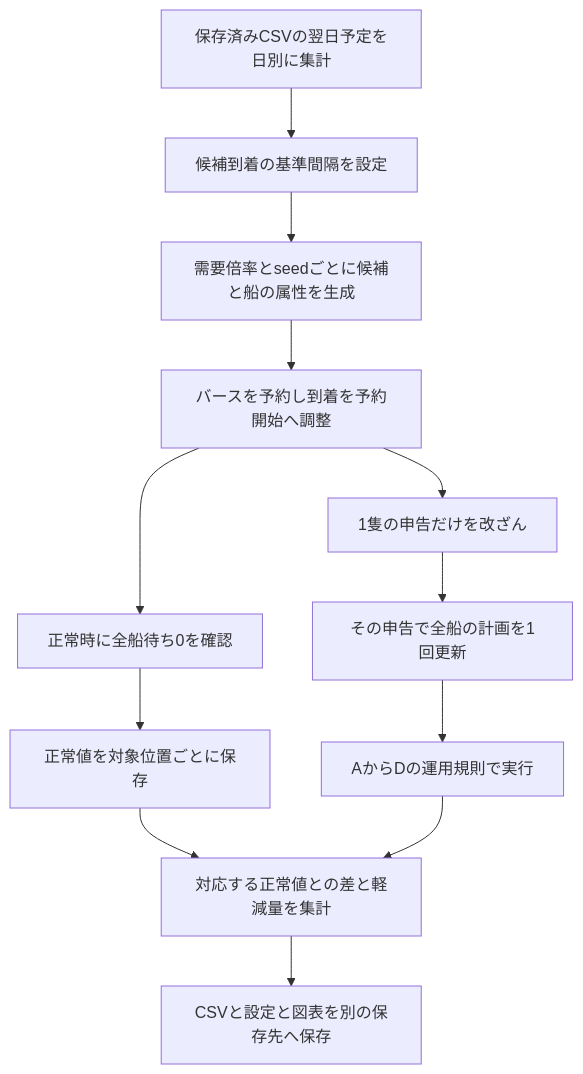
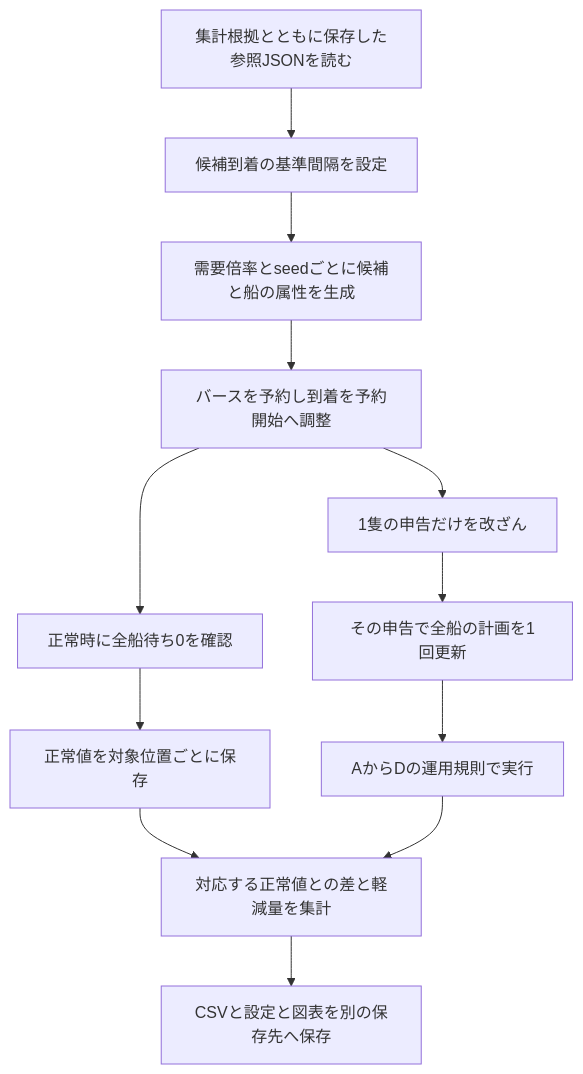
The diagram in docs/実装説明.md (ryusukeke/thesis), drawn with Mermaid before and after one commit. The commit also changed other lines of this file and 22 other files, not shown here.

````diff
--- a/docs/実装説明.md
+++ b/docs/実装説明.md
@@ -7,14 +7,14 @@
 ```mermaid
 flowchart TD
-    A[保存済みCSVの翌日予定を日別に集計] --> B[候補到着の基準間隔を設定]
+    A[集計根拠とともに保存した参照JSONを読む] --> B[候補到着の基準間隔を設定]
     B --> C[需要倍率とseedごとに候補と船の属性を生成]
     C --> D[バースを予約し到着を予約開始へ調整]
     D --> E[正常時に全船待ち0を確認]
     D --> F[1隻の申告だけを改ざん]
     F --> G[その申告で全船の計画を1回更新]
     E --> H[正常値を対象位置ごとに保存]
     G --> I[AからDの運用規則で実行]
     H --> J[対応する正常値との差と軽減量を集計]
     I --> J
     J --> K[CSVと設定と図表を別の保存先へ保存]
 ```
````
